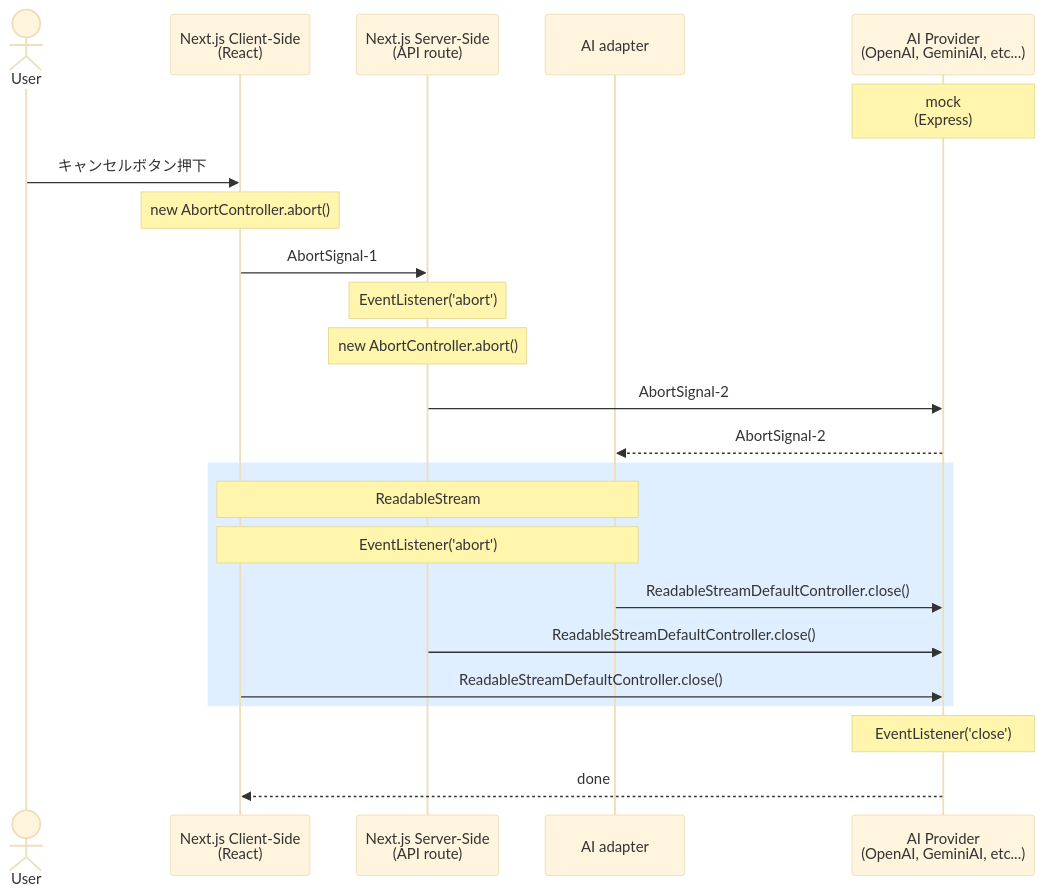
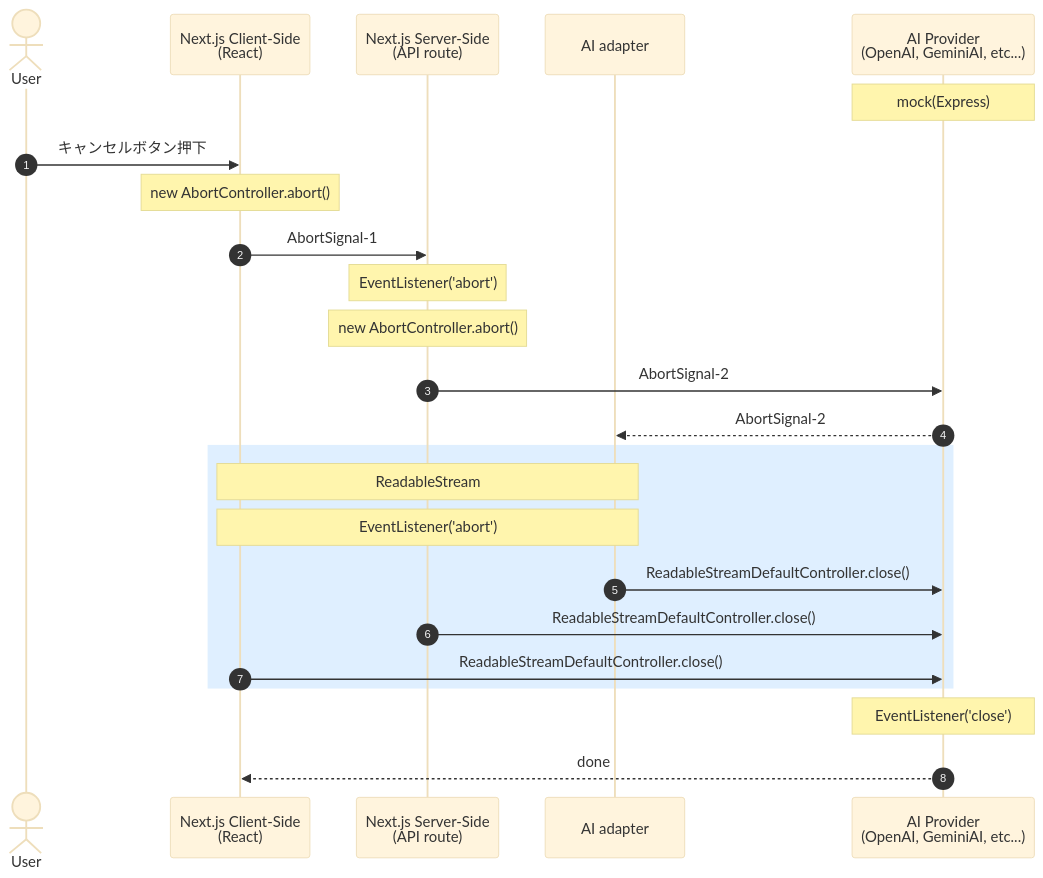
One commit to sudo-yoko/portfolio-nextjs changed the diagram in _docs/chat/memo.md. Above: the diagram before and after it, drawn with Mermaid (base theme).

````diff
--- a/_docs/chat/memo.md
+++ b/_docs/chat/memo.md
@@ -1,33 +1,35 @@
  ```mermaid
 
 sequenceDiagram
+autonumber
+
 actor U as User
 participant C as Next.js Client-Side<br>(React)
 participant S as Next.js Server-Side<br>(API route)
 participant AD as AI adapter
 participant A as AI Provider<br>(OpenAI, GeminiAI, etc...)
-Note over A: mock<br>(Express)
+Note over A: mock(Express)
 
 U->>C: キャンセルボタン押下
 Note over C: new AbortController.abort()
 
 C->>S: AbortSignal-1
 Note over S: EventListener('abort')
 Note over S: new AbortController.abort()
 
 S->>A: AbortSignal-2
 A-->>AD: AbortSignal-2
 
 rect rgb(223, 239, 255)
 Note over C,AD: ReadableStream
 Note over C,AD: EventListener('abort')
 
 AD->>A: ReadableStreamDefaultController.close()
 S->>A: ReadableStreamDefaultController.close()
 C->>A: ReadableStreamDefaultController.close()
 end
 
 Note over A: EventListener('close')
 A-->>C: done
 
  ```
````
